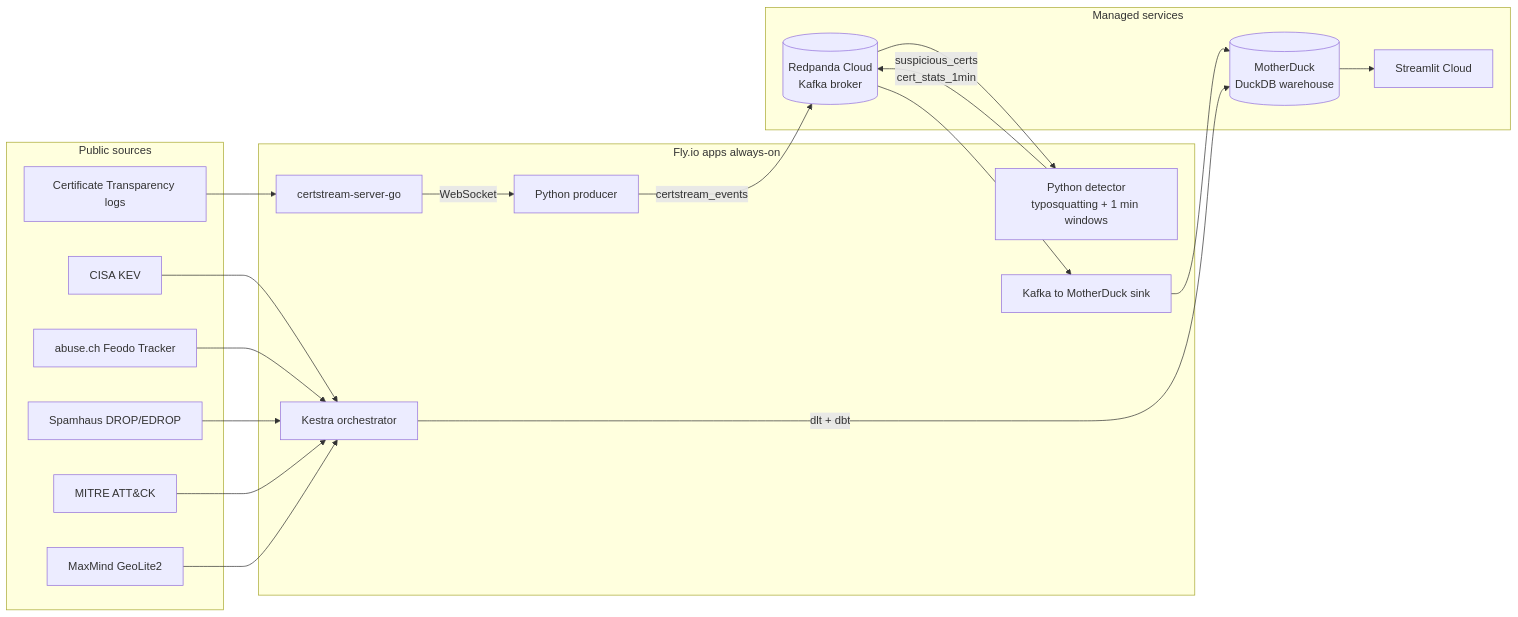
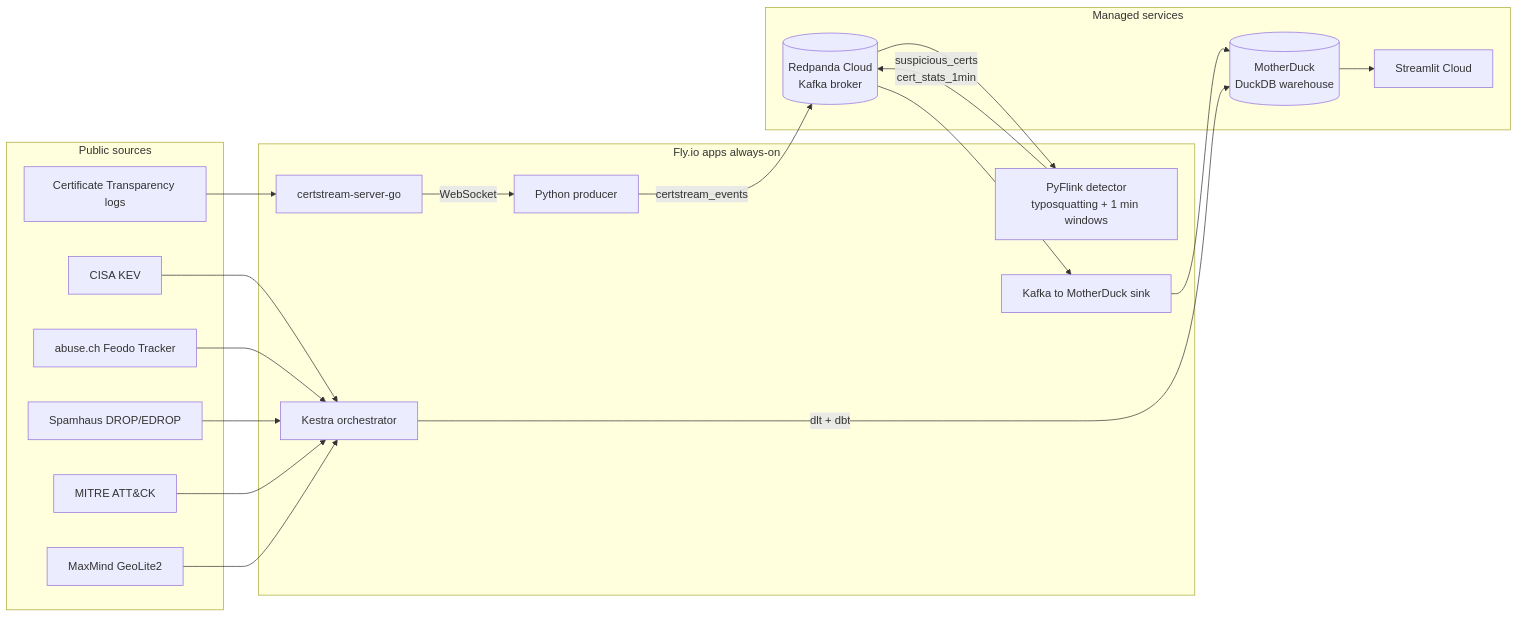
One commit to pavel-kalmykov/phishing-radar changed the diagram in README.md. Above: the diagram before and after it, drawn with Mermaid. The commit also changed other lines of this file and 10 other files, not shown here.

````diff
--- a/README.md
+++ b/README.md
@@ -20,42 +20,42 @@
 ```mermaid
 flowchart LR
     subgraph src[Public sources]
         CT[Certificate Transparency logs]
         KEV[CISA KEV]
         FEO[abuse.ch Feodo Tracker]
         SPAM[Spamhaus DROP/EDROP]
         MITRE[MITRE ATT&CK]
         MM[MaxMind GeoLite2]
     end
 
     subgraph fly[Fly.io apps always-on]
         CS[certstream-server-go]
         PROD[Python producer]
-        DET[Python detector<br/>typosquatting + 1 min windows]
+        DET[PyFlink detector<br/>typosquatting + 1 min windows]
         SINK[Kafka to MotherDuck sink]
         KES[Kestra orchestrator]
     end
 
     subgraph cloud[Managed services]
         RP[(Redpanda Cloud<br/>Kafka broker)]
         MD[(MotherDuck<br/>DuckDB warehouse)]
         ST[Streamlit Cloud]
     end
 
     CT --> CS
     CS -->|WebSocket| PROD
     PROD -->|certstream_events| RP
     RP --> DET
     DET -->|suspicious_certs<br/>cert_stats_1min| RP
     RP --> SINK
     SINK --> MD
 
     KEV --> KES
     FEO --> KES
     SPAM --> KES
     MITRE --> KES
     MM --> KES
     KES -->|dlt + dbt| MD
 
     MD --> ST
 ```
````
